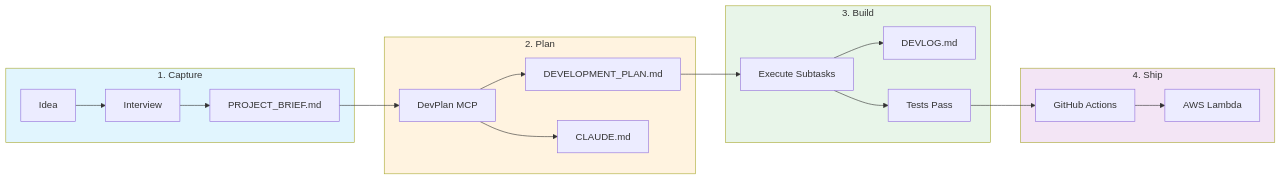
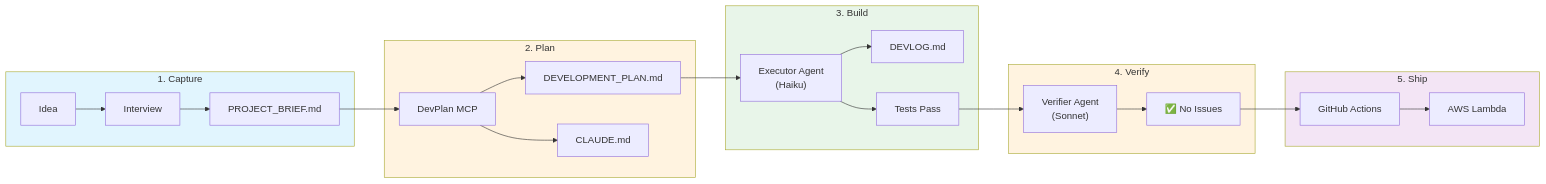
Before and after one commit to mmorris35/LabBot: the first of 3 diagrams in README.md, drawn with Mermaid. The commit also changed other lines of this file and 3 other files, not shown here.

````diff
--- a/README.md
+++ b/README.md
@@ -27,29 +27,35 @@
 ```mermaid
 flowchart LR
     subgraph Phase1[" 1. Capture"]
         A[Idea] --> B[Interview]
         B --> C[PROJECT_BRIEF.md]
     end
 
     subgraph Phase2[" 2. Plan"]
         C --> D[DevPlan MCP]
         D --> E[DEVELOPMENT_PLAN.md]
         D --> F[CLAUDE.md]
     end
 
     subgraph Phase3[" 3. Build"]
-        E --> G[Execute Subtasks]
+        E --> G["Executor Agent<br/>(Haiku)"]
         G --> H[DEVLOG.md]
         G --> I[Tests Pass]
     end
 
-    subgraph Phase4[" 4. Ship"]
-        I --> J[GitHub Actions]
+    subgraph Phase4[" 4. Verify"]
+        I --> V["Verifier Agent<br/>(Sonnet)"]
+        V --> W[✅ No Issues]
+    end
+
+    subgraph Phase5[" 5. Ship"]
+        W --> J[GitHub Actions]
         J --> K[AWS Lambda]
     end
 
     style Phase1 fill:#e1f5fe
     style Phase2 fill:#fff3e0
     style Phase3 fill:#e8f5e9
-    style Phase4 fill:#f3e5f5
+    style Phase4 fill:#fff3e0
+    style Phase5 fill:#f3e5f5
 ```
````
